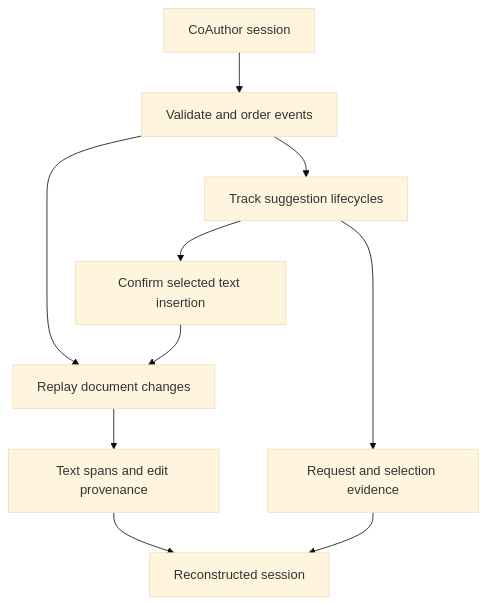
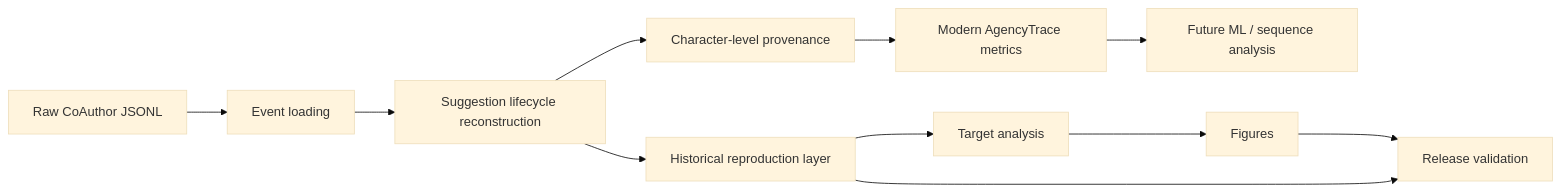
The diagram in README.md (amalkerrouche1208-create/Agency-Trace-Framework), drawn with Mermaid (base theme) before and after one commit. The commit also changed other lines of this file and 15 other files, not shown here.

Commit message:
Strengthen AgencyTrace research documentation

````diff
--- a/README.md
+++ b/README.md
@@ -53,12 +21,13 @@
 ```mermaid
-flowchart TD
-    A["CoAuthor session"] --> B["Validate and order events"]
-    B --> C["Track suggestion lifecycles"]
-    B --> D["Replay document changes"]
-    C --> E["Confirm selected text insertion"]
-    E --> D
-    D --> F["Text spans and edit provenance"]
-    C --> G["Request and selection evidence"]
-    F --> H["Reconstructed session"]
-    G --> H
+flowchart LR
+    A["Raw CoAuthor JSONL"] --> B["Event loading"]
+    B --> C["Suggestion lifecycle reconstruction"]
+    C --> D["Character-level provenance"]
+    D --> E["Modern AgencyTrace metrics"]
+    C --> F["Historical reproduction layer"]
+    F --> G["Target analysis"]
+    G --> H["Figures"]
+    E --> I["Future ML / sequence analysis"]
+    F --> J["Release validation"]
+    H --> J
 ```
````
